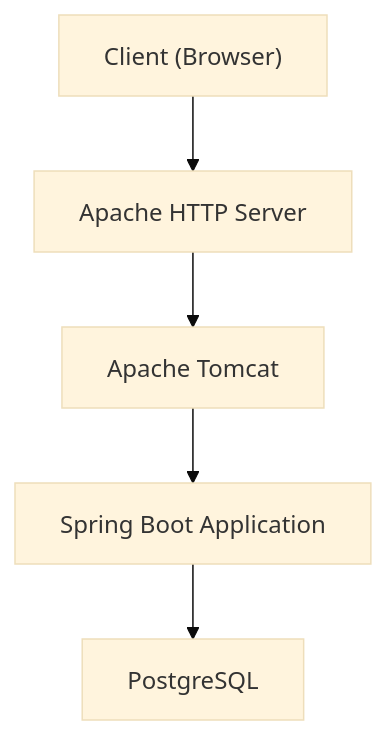
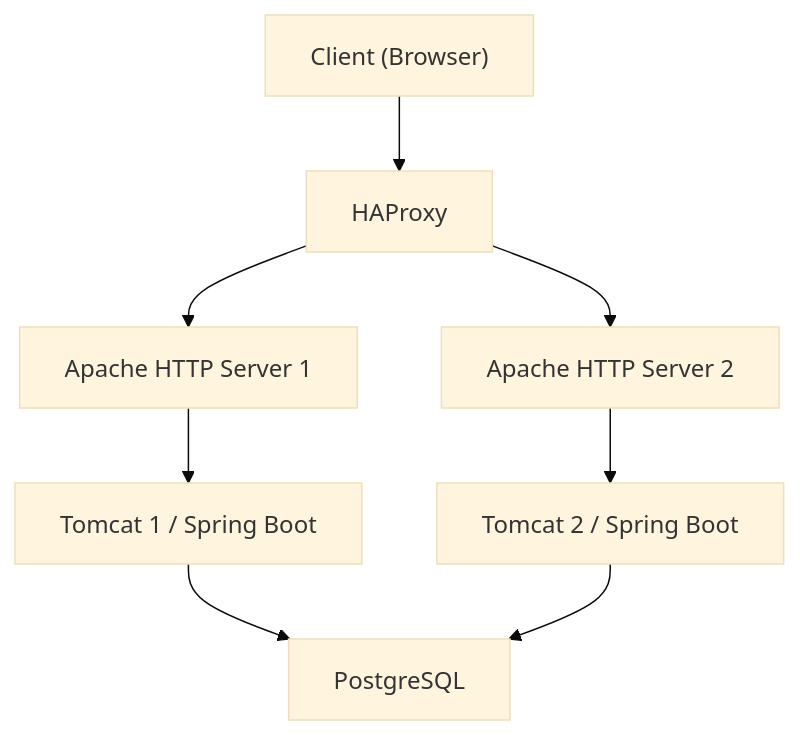
Before and after one commit to hirokikw/mira: the diagram in README.md, drawn with Mermaid (base theme). The commit also changed other lines of this file and 4 other files, not shown here.

````diff
--- a/README.md
+++ b/README.md
@@ -29,7 +52,10 @@
 ```mermaid
 flowchart TD
-    browser["Client (Browser)"] --> httpd["Apache HTTP Server"]
-    httpd --> tomcat["Apache Tomcat"]
-    tomcat --> app["Spring Boot Application"]
-    app --> db["PostgreSQL"]
+    browser["Client (Browser)"] --> lb["HAProxy"]
+    lb --> httpd1["Apache HTTP Server 1"]
+    lb --> httpd2["Apache HTTP Server 2"]
+    httpd1 --> tomcat1["Tomcat 1 / Spring Boot"]
+    httpd2 --> tomcat2["Tomcat 2 / Spring Boot"]
+    tomcat1 --> db["PostgreSQL"]
+    tomcat2 --> db
 ```
````
